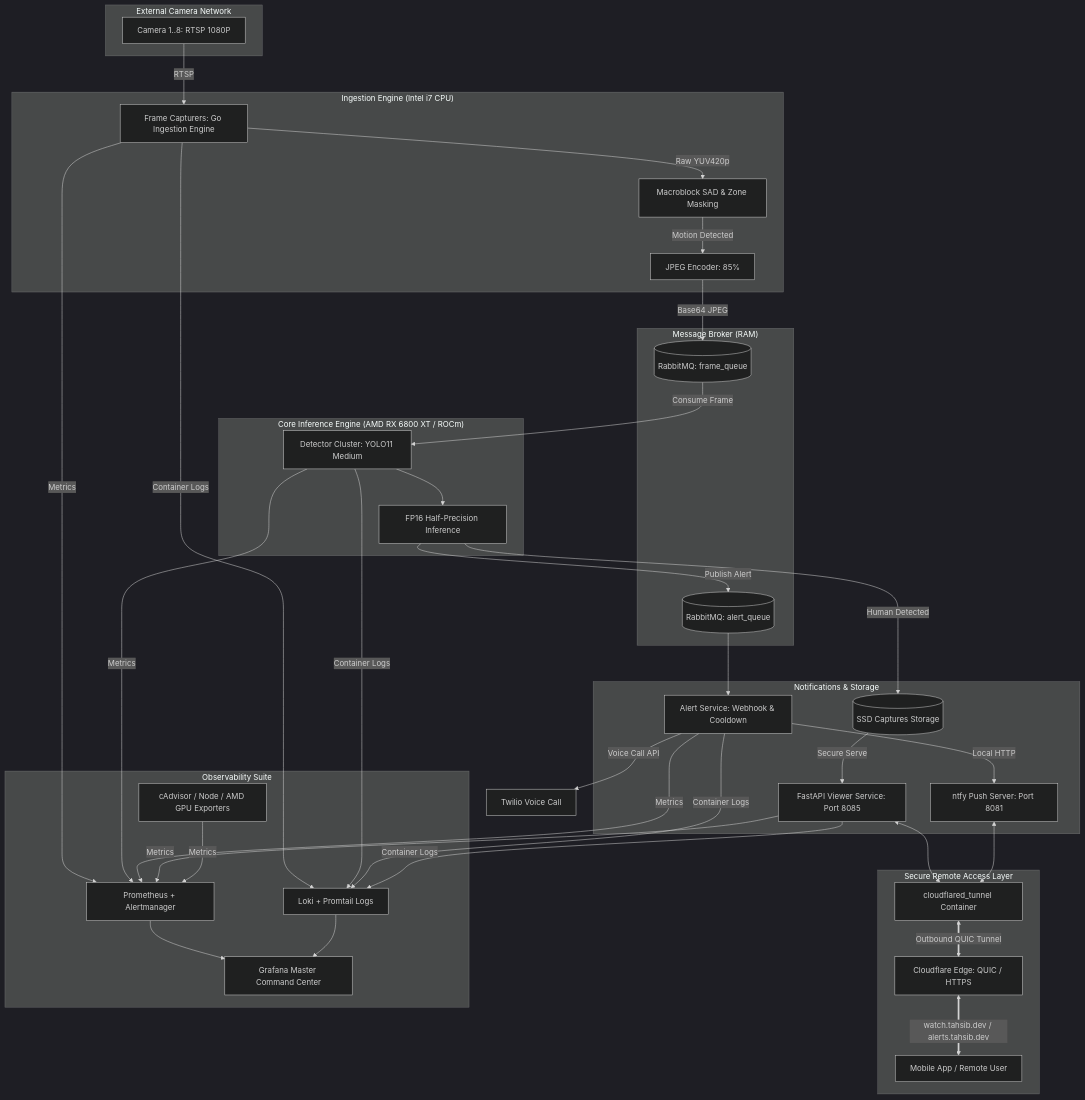
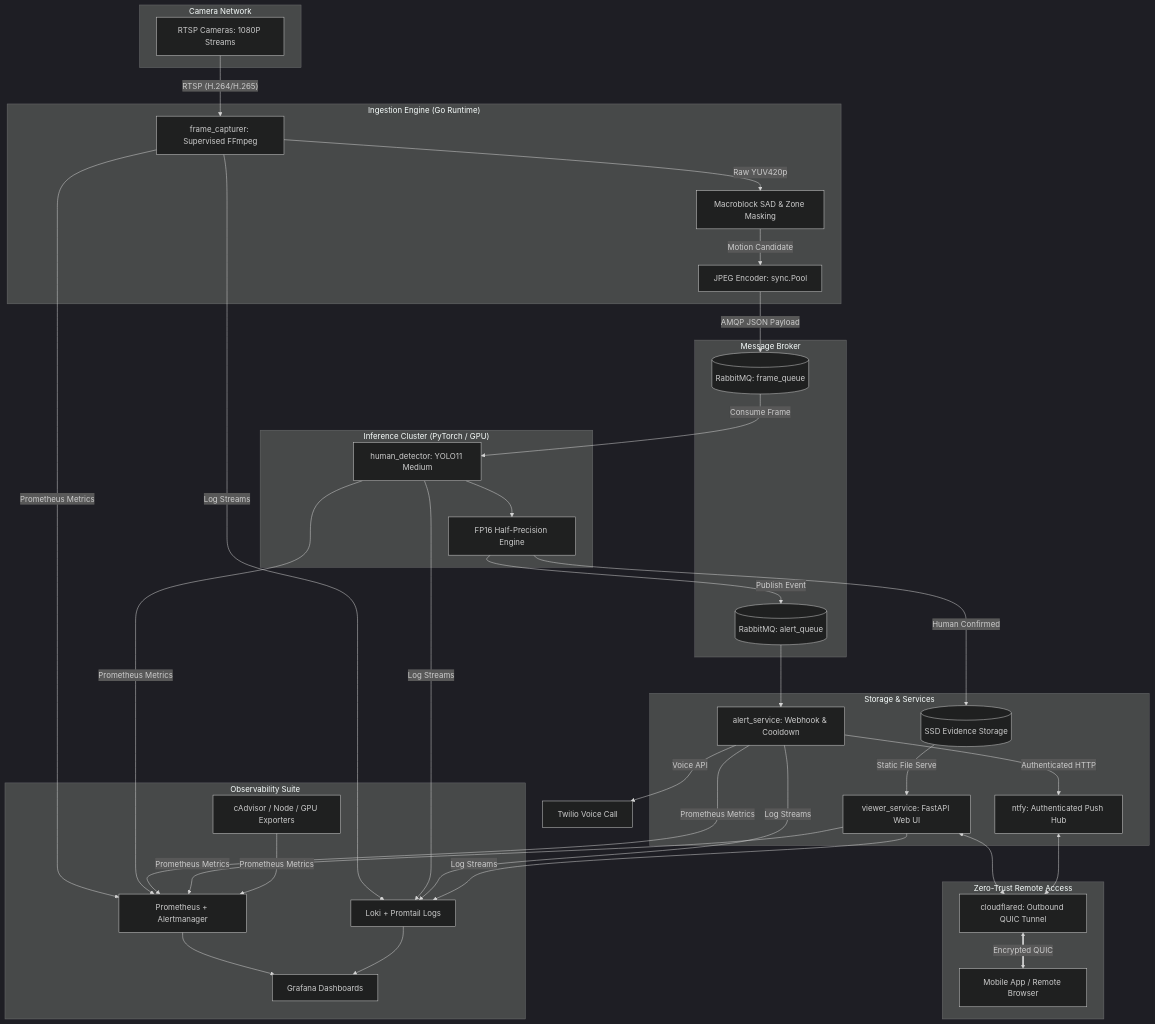
One commit to Tahsib/IntruderWatch changed the diagram in README.md. Above: the diagram before and after it, drawn with Mermaid (dark theme). The commit also changed other lines of this file and 1 other file, not shown here.

Commit message:
docs(readme): overhaul documentation with production open-source architecture standards

````diff
--- a/README.md
+++ b/README.md
@@ -9,70 +30,68 @@
 ```mermaid
 graph TD
-    subgraph "External Camera Network"
-        C1[Camera 1..8: RTSP 1080P]
+    subgraph "Camera Network"
+        CAM[RTSP Cameras: 1080P Streams]
     end
 
-    subgraph "Ingestion Engine (Intel i7 CPU)"
-        FC["Frame Capturers: Go Ingestion Engine"]
-        MB["Macroblock SAD & Zone Masking"]
-        ENC["JPEG Encoder: 85%"]
+    subgraph "Ingestion Engine (Go Runtime)"
+        FC[frame_capturer: Supervised FFmpeg]
+        MB[Macroblock SAD & Zone Masking]
+        ENC[JPEG Encoder: sync.Pool]
     end
 
-    subgraph "Message Broker (RAM)"
+    subgraph "Message Broker"
         RMQ_F[(RabbitMQ: frame_queue)]
         RMQ_A[(RabbitMQ: alert_queue)]
     end
 
-    subgraph "Core Inference Engine (AMD RX 6800 XT / ROCm)"
-        DET[Detector Cluster: YOLO11 Medium]
-        FP16[FP16 Half-Precision Inference]
+    subgraph "Inference Cluster (PyTorch / GPU)"
+        DET[human_detector: YOLO11 Medium]
+        FP16[FP16 Half-Precision Engine]
     end
 
-    subgraph "Notifications & Storage"
-        DISK[(SSD Captures Storage)]
-        VIEW[FastAPI Viewer Service: Port 8085]
-        NTFY[ntfy Push Server: Port 8081]
-        ALRT[Alert Service: Webhook & Cooldown]
+    subgraph "Storage & Services"
+        DISK[(SSD Evidence Storage)]
+        VIEW[viewer_service: FastAPI Web UI]
+        NTFY[ntfy: Authenticated Push Hub]
+        ALRT[alert_service: Webhook & Cooldown]
     end
 
-    subgraph "Secure Remote Access Layer"
-        TUNNEL[cloudflared_tunnel Container]
-        CF[Cloudflare Edge: QUIC / HTTPS]
-        PHONE[Mobile App / Remote User]
+    subgraph "Zero-Trust Remote Access"
+        TUNNEL[cloudflared: Outbound QUIC Tunnel]
+        CLIENT[Mobile App / Remote Browser]
     end
 
     subgraph "Observability Suite"
         PROM[Prometheus + Alertmanager]
-        GRAF[Grafana Master Command Center]
+        GRAF[Grafana Dashboards]
         LOKI[Loki + Promtail Logs]
-        EXP[cAdvisor / Node / AMD GPU Exporters]
+        EXP[cAdvisor / Node / GPU Exporters]
     end
 
-    %% Ingestion Flow
-    C1 -- "RTSP" --> FC
+    %% Pipeline Data Flow
+    CAM -- "RTSP (H.264/H.265)" --> FC
     FC -- "Raw YUV420p" --> MB
-    MB -- "Motion Detected" --> ENC
-    ENC -- "Base64 JPEG" --> RMQ_F
+    MB -- "Motion Candidate" --> ENC
+    ENC -- "AMQP JSON Payload" --> RMQ_F
 
     %% Detection Flow
     RMQ_F -- "Consume Frame" --> DET
     DET --> FP16
-    FP16 -- "Human Detected" --> DISK
-    FP16 -- "Publish Alert" --> RMQ_A
+    FP16 -- "Human Confirmed" --> DISK
+    FP16 -- "Publish Event" --> RMQ_A
 
     %% Alerting Flow
     RMQ_A --> ALRT
-    ALRT -- "Local HTTP" --> NTFY
-    ALRT -- "Voice Call API" --> TWILIO[Twilio Voice Call]
+    ALRT -- "Authenticated HTTP" --> NTFY
+    ALRT -- "Voice API" --> TWILIO[Twilio Voice Call]
 
-    %% Remote Access Flow
-    DISK -- "Secure Serve" --> VIEW
+    %% Review & Remote Access Flow
+    DISK -- "Static File Serve" --> VIEW
     VIEW & NTFY <--> TUNNEL
-    TUNNEL <== "Outbound QUIC Tunnel" ==> CF
-    CF <== "watch.tahsib.dev / alerts.tahsib.dev" ==> PHONE
+    TUNNEL <== "Encrypted QUIC" ==> CLIENT
 
-    %% Observability Flow
-    FC & DET & ALRT & VIEW & EXP -- "Metrics" --> PROM
-    FC & DET & ALRT & VIEW -- "Container Logs" --> LOKI
+    %% Telemetry Flow
+    FC & DET & ALRT & VIEW & EXP -- "Prometheus Metrics" --> PROM
+    FC & DET & ALRT & VIEW -- "Log Streams" --> LOKI
     PROM & LOKI --> GRAF
 ```
````
